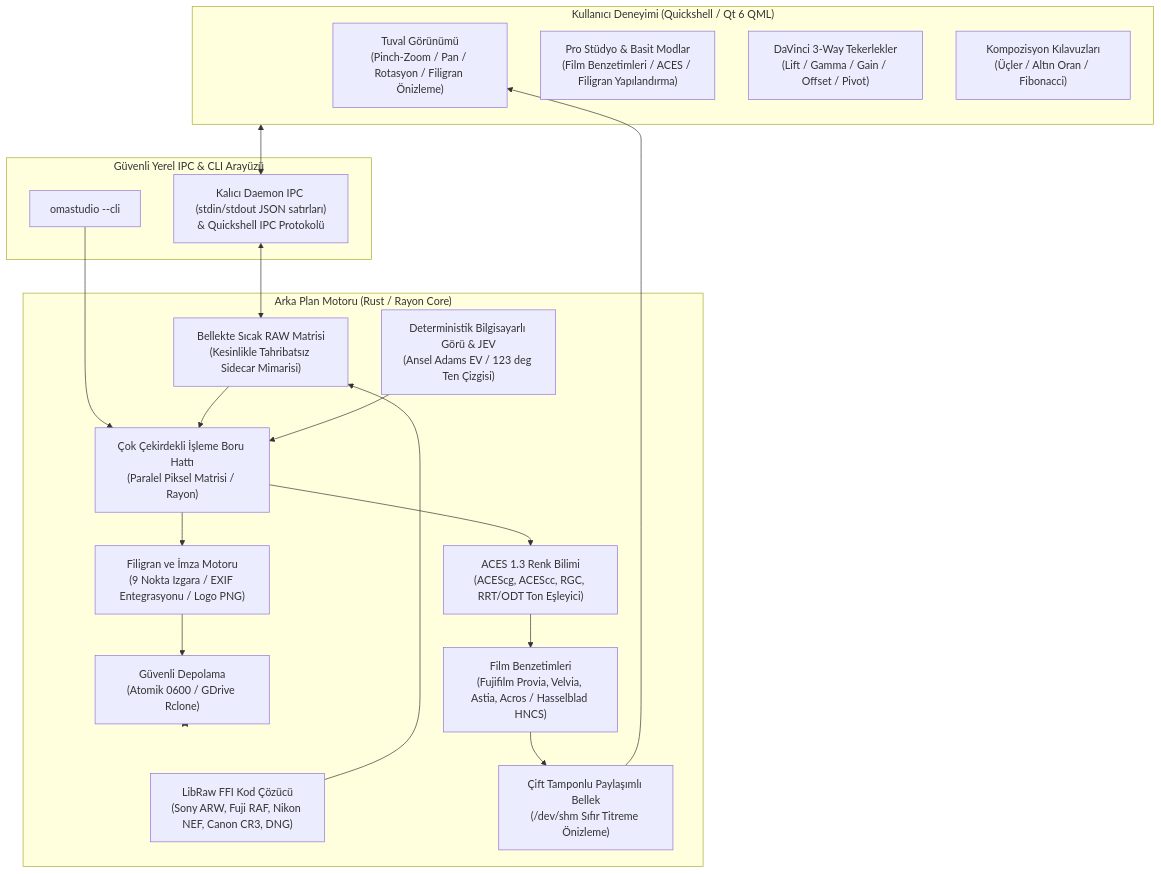
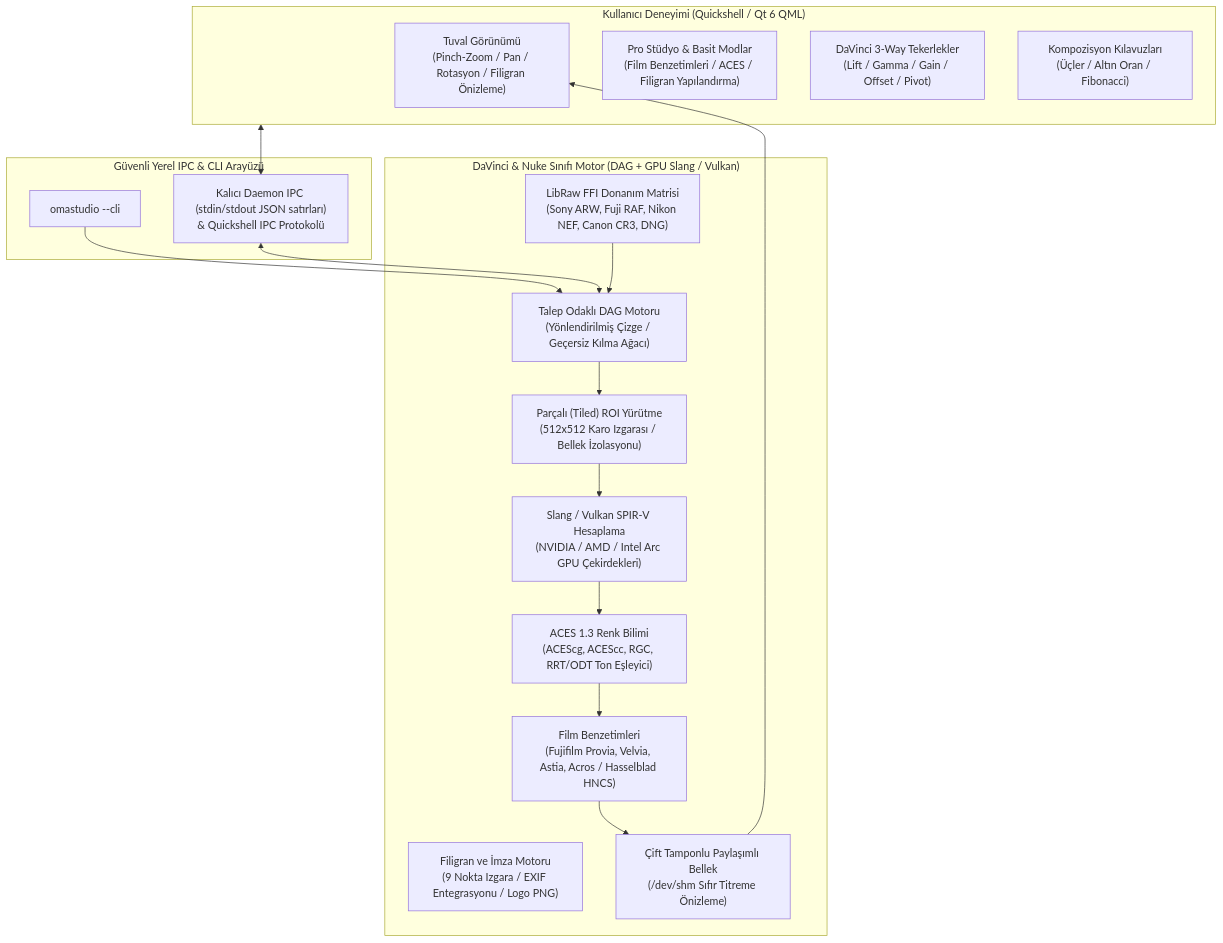
The first of 2 diagrams in README.tr.md (ozdil/omarchy-omastudio), drawn with Mermaid before and after one commit. The commit also changed other lines of this file and 14 other files, not shown here.

First line of the commit message:
feat(arch): release OmaStudio v2.0.0 with DaVinci/Nuke-grade DAG, Tiled ROI & Slang/Vulkan GPU architecture

````diff
--- a/README.tr.md
+++ b/README.tr.md
@@ -27,40 +27,36 @@
 ```mermaid
 graph TD
     subgraph UI [" Kullanıcı Deneyimi (Quickshell / Qt 6 QML)"]
         Viewport["Tuval Görünümü<br/>(Pinch-Zoom / Pan / Rotasyon / Filigran Önizleme)"]
         Inspector["Pro Stüdyo & Basit Modlar<br/>(Film Benzetimleri / ACES / Filigran Yapılandırma)"]
         Wheels["DaVinci 3-Way Tekerlekler<br/>(Lift / Gamma / Gain / Offset / Pivot)"]
         CropTool["Kompozisyon Kılavuzları<br/>(Üçler / Altın Oran / Fibonacci)"]
     end
 
     subgraph IPC [" Güvenli Yerel IPC & CLI Arayüzü"]
         CLI["omastudio --cli"]
         Sock["Kalıcı Daemon IPC (stdin/stdout JSON satırları)<br/>& Quickshell IPC Protokolü"]
     end
 
-    subgraph Engine [" Arka Plan Motoru (Rust / Rayon Core)"]
-        Decoders["LibRaw FFI Kod Çözücü<br/>(Sony ARW, Fuji RAF, Nikon NEF, Canon CR3, DNG)"]
-        RAMCache["Bellekte Sıcak RAW Matrisi<br/>(Kesinlikle Tahribatsız Sidecar Mimarisi)"]
-        Pipeline["Çok Çekirdekli İşleme Boru Hattı<br/>(Paralel Piksel Matrisi / Rayon)"]
+    subgraph Engine [" DaVinci & Nuke Sınıfı Motor (DAG + GPU Slang / Vulkan)"]
+        DAGEngine["Talep Odaklı DAG Motoru<br/>(Yönlendirilmiş Çizge / Geçersiz Kılma Ağacı)"]
+        TiledEngine["Parçalı (Tiled) ROI Yürütme<br/>(512x512 Karo Izgarası / Bellek İzolasyonu)"]
+        GPUCompute["Slang / Vulkan SPIR-V Hesaplama<br/>(NVIDIA / AMD / Intel Arc GPU Çekirdekleri)"]
+        Decoders["LibRaw FFI Donanım Matrisi<br/>(Sony ARW, Fuji RAF, Nikon NEF, Canon CR3, DNG)"]
         ACES["ACES 1.3 Renk Bilimi<br/>(ACEScg, ACEScc, RGC, RRT/ODT Ton Eşleyici)"]
         FilmSim["Film Benzetimleri<br/>(Fujifilm Provia, Velvia, Astia, Acros / Hasselblad HNCS)"]
         WatermarkEngine["Filigran ve İmza Motoru<br/>(9 Nokta Izgara / EXIF Entegrasyonu / Logo PNG)"]
         ShmPingPong["Çift Tamponlu Paylaşımlı Bellek<br/>(/dev/shm Sıfır Titreme Önizleme)"]
-        AIEngine["Deterministik Bilgisayarlı Görü & JEV<br/>(Ansel Adams EV / 123 deg Ten Çizgisi)"]
-        Storage["Güvenli Depolama<br/>(Atomik 0600 / GDrive Rclone)"]
     end
 
     UI <--> Sock
-    CLI --> Pipeline
-    Sock <--> RAMCache
-    Decoders --> RAMCache
-    RAMCache --> Pipeline
-    Pipeline --> ACES
+    CLI --> DAGEngine
+    Sock <--> DAGEngine
+    DAGEngine --> TiledEngine
+    TiledEngine --> GPUCompute
+    Decoders --> DAGEngine
+    GPUCompute --> ACES
     ACES --> FilmSim
     FilmSim --> ShmPingPong
     ShmPingPong --> Viewport
-    AIEngine --> Pipeline
-    Pipeline --> WatermarkEngine
-    WatermarkEngine --> Storage
-    Storage <--> Engine
 ```
````
